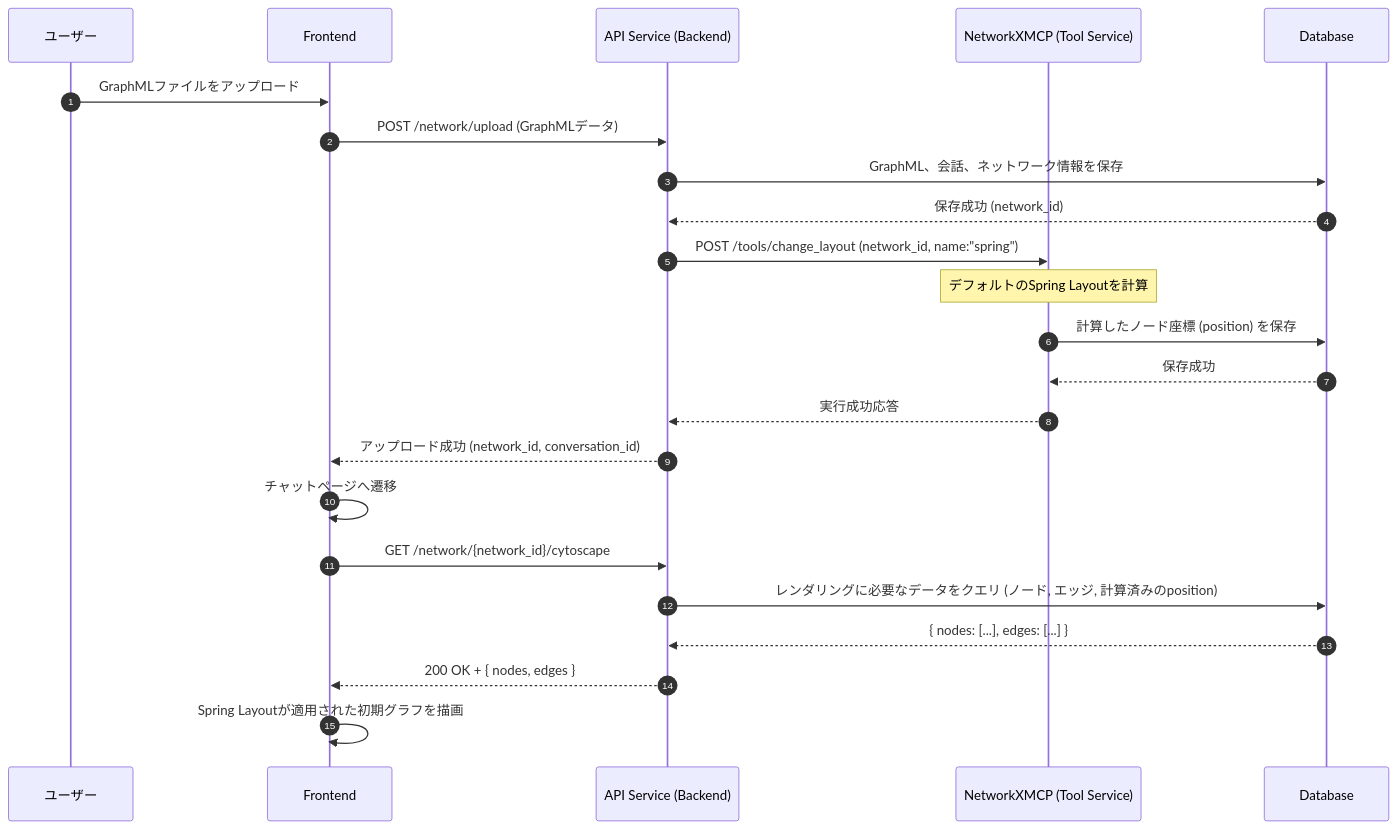
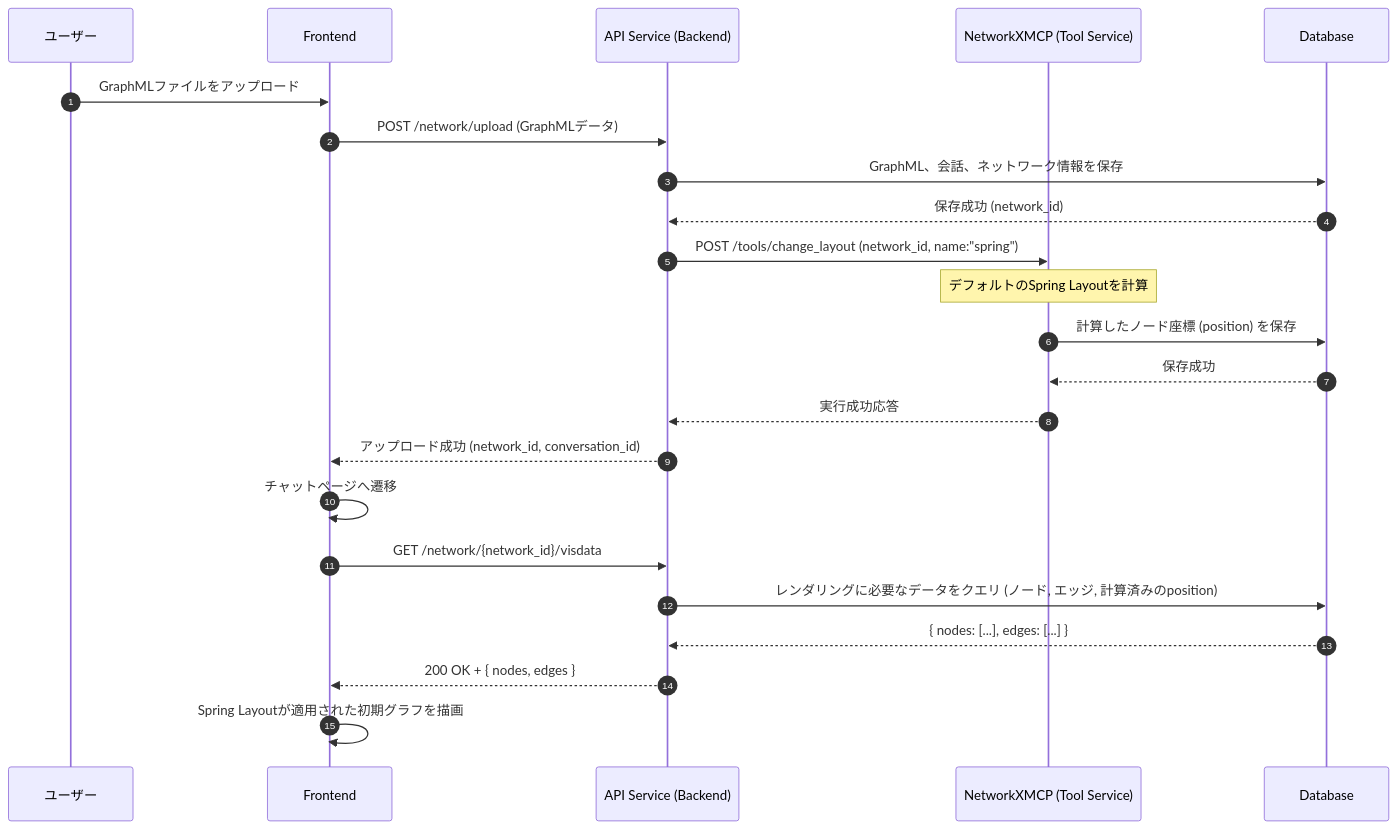
Before and after one commit to vdslab/LLMGraphvis: the first of 3 diagrams in specification/Interactions.md, drawn with Mermaid. The commit also changed other lines of this file and 1 other file, not shown here.

Commit message:
docs(api): 可視化APIエンドポイントをvisdataに更新
API仕様書において、可視化データ取得エンドポイントをより汎用的な名称に変更しました。

変更点:
- `GET /network/{network_id}/cytoscape` を `GET /network/{network_id}/visdata` に変更
- 関連するドキュメント内の記述を更新

これにより、特定の可視化ライブラリ（Cytoscape.js）に依存しない、より柔軟な仕様となります。

````diff
--- a/specification/Interactions.md
+++ b/specification/Interactions.md
@@ -13,35 +13,35 @@
 ```mermaid
 sequenceDiagram
     autonumber
     participant U as ユーザー
     participant F as Frontend
     participant B as API Service (Backend)
     participant N as NetworkXMCP (Tool Service)
     participant DB as Database
 
     %% Step 1: User uploads a file
     U->>F: GraphMLファイルをアップロード
     F->>B: POST /network/upload (GraphMLデータ)
 
     %% Step 2: Backend saves initial data and requests default layout calculation
     B->>DB: GraphML、会話、ネットワーク情報を保存
     DB-->>B: 保存成功 (network_id)
     B->>N: POST /tools/change_layout (network_id, name:"spring")
     note over N: デフォルトのSpring Layoutを計算
 
     %% Step 3: NetworkXMCP computes and saves layout
     N->>DB: 計算したノード座標 (position) を保存
     DB-->>N: 保存成功
     N-->>B: 実行成功応答
     B-->>F: アップロード成功 (network_id, conversation_id)
 
     %% Step 4: Frontend navigates and fetches the initial graph data
     F->>F: チャットページへ遷移
-    F->>B: GET /network/{network_id}/cytoscape
+    F->>B: GET /network/{network_id}/visdata
     B->>DB: レンダリングに必要なデータをクエリ (ノード, エッジ, 計算済みのposition)
     DB-->>B: { nodes: [...], edges: [...] }
     B-->>F: 200 OK + { nodes, edges }
 
     %% Step 5: Frontend renders the initial graph
     F->>F: Spring Layoutが適用された初期グラフを描画
 ```
````
